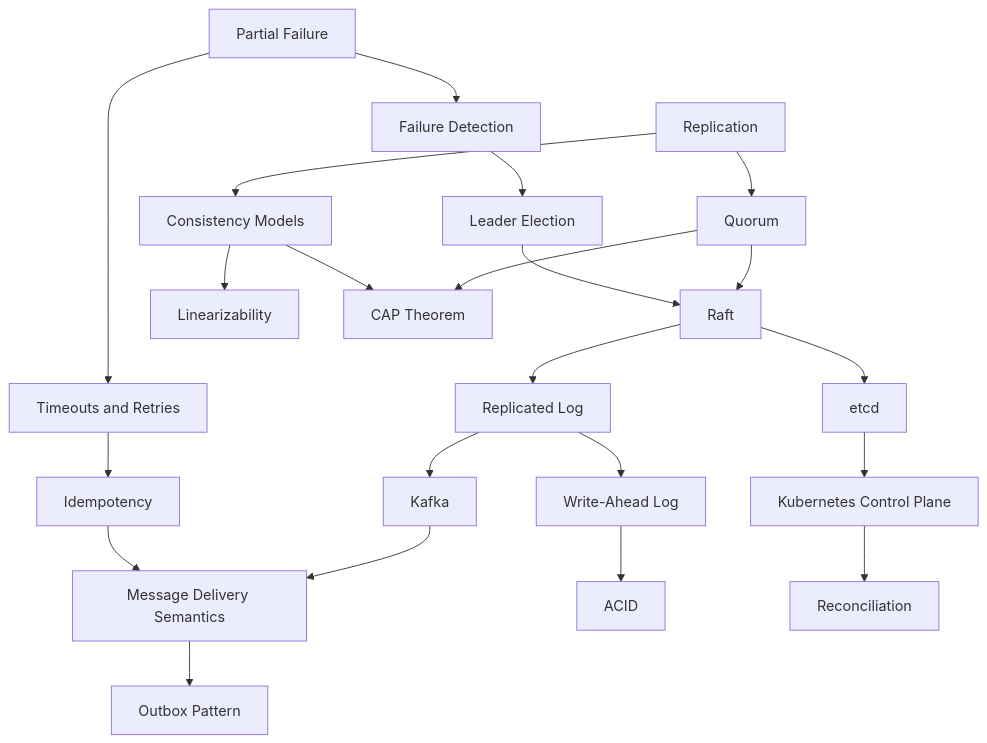
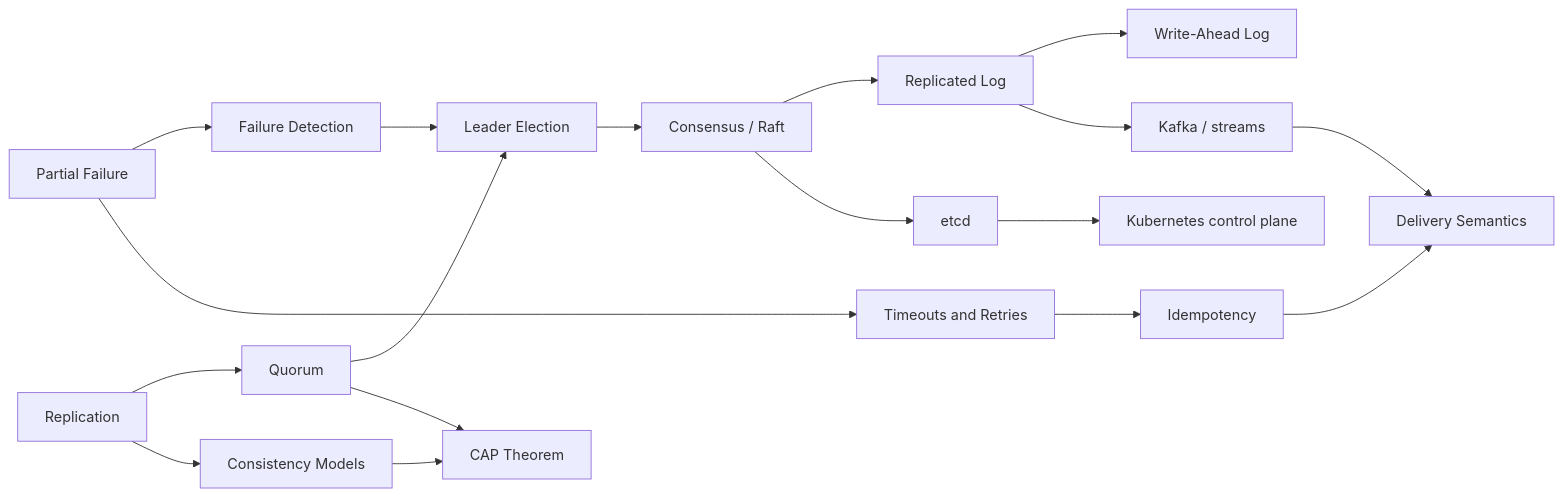
The first of 9 diagrams in 03-Concepts/README.md (02david20/distributed-systems-learning-resources), drawn with Mermaid before and after one commit. The commit also changed other lines of this file and 7 other files, not shown here.

````diff
--- a/03-Concepts/README.md
+++ b/03-Concepts/README.md
@@ -117,24 +39,20 @@
 ```mermaid
-flowchart TD
-    PF[Partial Failure] --> TR[Timeouts and Retries]
+flowchart LR
+    PF[Partial Failure] --> FD[Failure Detection]
+    PF --> TR[Timeouts and Retries]
     TR --> ID[Idempotency]
-    ID --> MDS[Message Delivery Semantics]
-    PF --> FD[Failure Detection]
     FD --> LE[Leader Election]
-    LE --> RAFT[Raft]
     REP[Replication] --> Q[Quorum]
-    Q --> RAFT
+    Q --> LE
+    LE --> CONS[Consensus / Raft]
     REP --> CM[Consistency Models]
-    CM --> LIN[Linearizability]
-    CM --> CAP[CAP Theorem]
-    Q --> CAP
-    RAFT --> RL[Replicated Log]
+    Q --> CAP[CAP Theorem]
+    CM --> CAP
+    CONS --> RL[Replicated Log]
     RL --> WAL[Write-Ahead Log]
-    RL --> KAFKA[Kafka]
-    KAFKA --> MDS
-    MDS --> OB[Outbox Pattern]
-    WAL --> ACID
-    RAFT --> ETCD[etcd]
-    ETCD --> KCP[Kubernetes Control Plane]
-    KCP --> RECON[Reconciliation]
+    RL --> LOG[Kafka / streams]
+    ID --> MDS[Delivery Semantics]
+    LOG --> MDS
+    CONS --> ETCD[etcd]
+    ETCD --> K8S[Kubernetes control plane]
 ```
````
